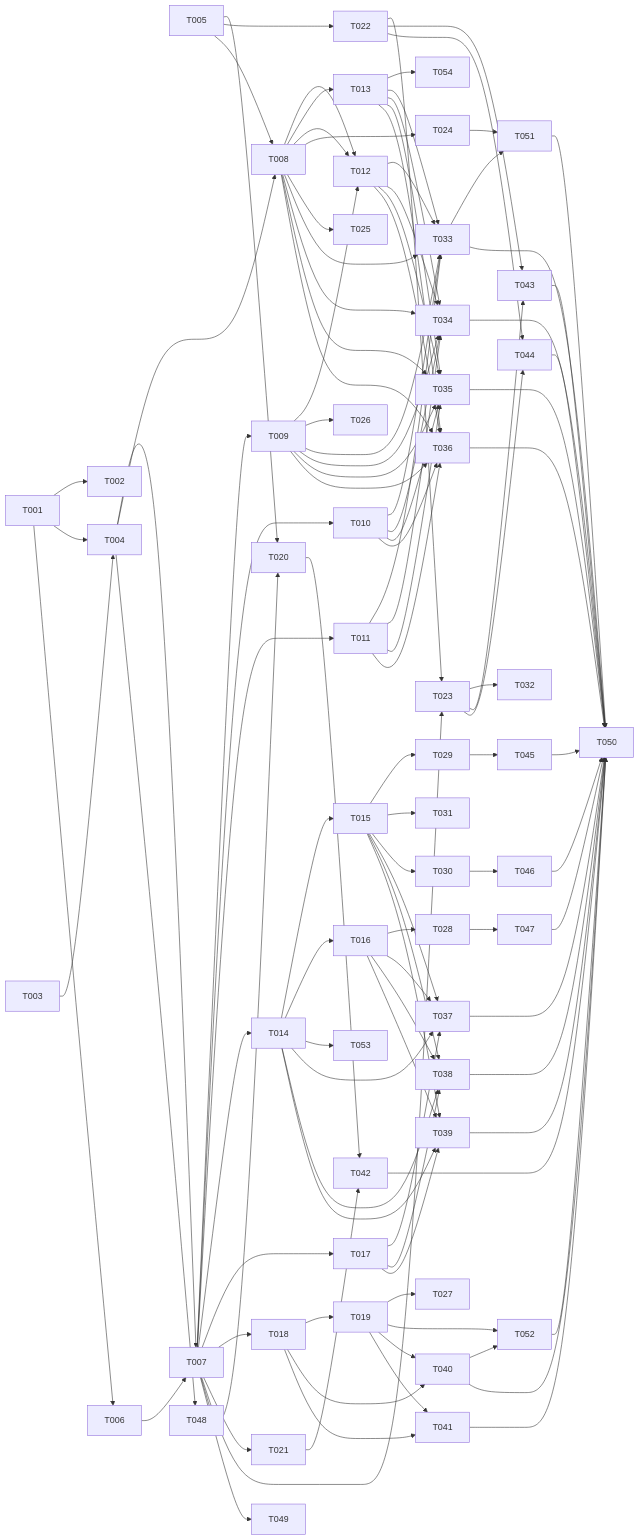
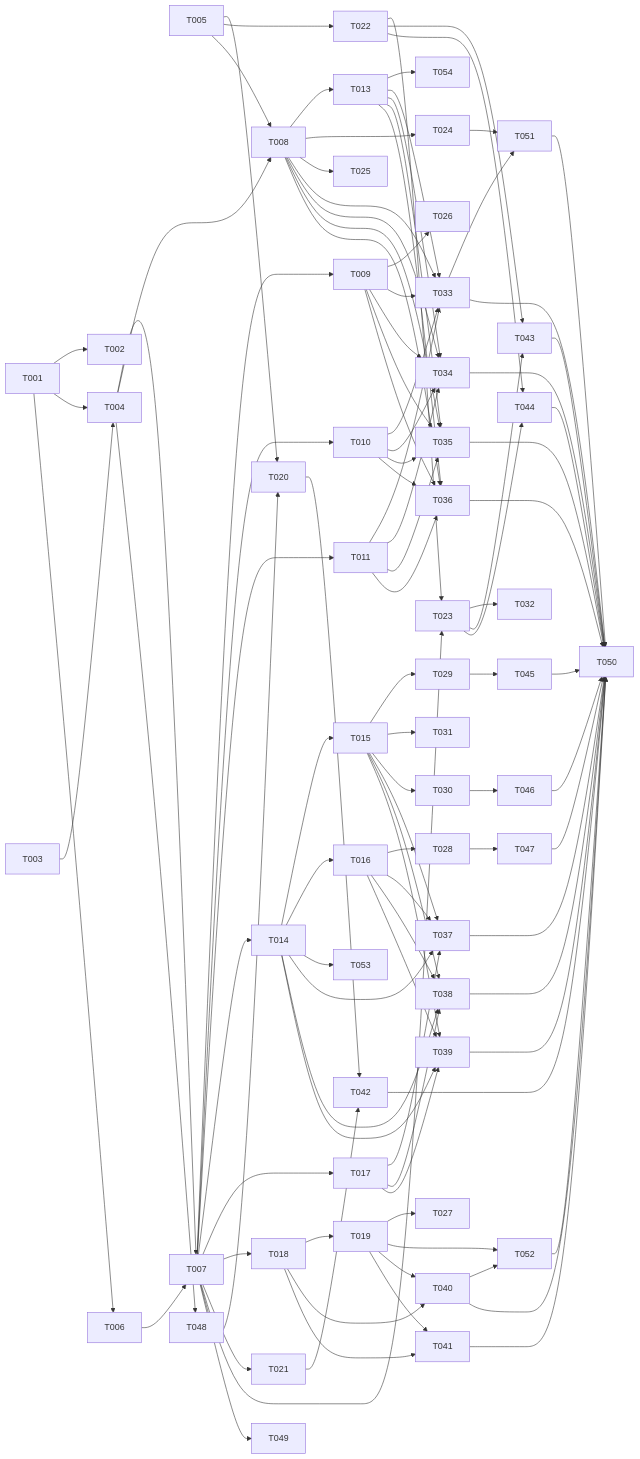
The diagram in specs/026-tuning/tasks.md (UnderUndre/undrecreaitwins), drawn with Mermaid before and after one commit. The commit also changed other lines of this file and 2 other files, not shown here.

Commit message:
docs: update tuning specification with indices, cache key, and task dependencies
- Add composite indices for persona/status and tenant/status in tuning_drafts schema
- Fix interview session cache key to include userId for proper isolation
- Consolidate proposal cache into single array key per persona with expiry handling
- Refine task dependency graph: remove stale edges and adjust T012/T013 dependencies

````diff
--- a/specs/026-tuning/tasks.md
+++ b/specs/026-tuning/tasks.md
@@ -256,57 +256,55 @@
 ```mermaid
 graph LR
     T001 --> T002
     T001 & T003 --> T004
     T005 --> T020
     T005 --> T022
     T001 --> T006
     T006 & T004 --> T007
     T007 --> T009
     T007 --> T010
     T007 --> T011
     T007 --> T014
     T007 --> T017
     T007 --> T018
     T007 --> T021
     T007 --> T023
     T004 & T005 --> T008
-    T008 --> T012
     T008 --> T013
-    T008 & T009 --> T012
     T014 --> T015
     T014 --> T016
     T014 --> T053
     T016 --> T028
     T015 --> T029
     T015 --> T031
     T018 --> T019
     T007 --> T020
     T022 --> T023
     T008 --> T024
     T008 --> T025
     T009 --> T026
     T019 --> T027
     T015 --> T030
     T023 --> T032
     T024 & T033 --> T051
     T019 & T040 --> T052
     T013 --> T054
-    T009 & T010 & T011 & T008 & T012 & T013 --> T033
-    T009 & T010 & T011 & T008 & T012 & T013 --> T034
-    T009 & T010 & T011 & T008 & T012 & T013 --> T035
-    T009 & T010 & T011 & T008 & T012 & T013 --> T036
+    T009 & T010 & T011 & T008 & T013 --> T033
+    T009 & T010 & T011 & T008 & T013 --> T034
+    T009 & T010 & T011 & T008 & T013 --> T035
+    T009 & T010 & T011 & T008 & T013 --> T036
     T014 & T015 & T016 & T017 --> T037
     T014 & T015 & T016 & T017 --> T038
     T014 & T015 & T016 & T017 --> T039
     T018 & T019 --> T040
     T018 & T019 --> T041
     T020 & T021 --> T042
     T022 & T023 --> T043
     T022 & T023 --> T044
     T029 --> T045
     T030 --> T046
     T028 --> T047
     T004 --> T048
     T007 --> T049
     T033 & T034 & T035 & T036 & T037 & T038 & T039 & T040 & T041 & T042 & T043 & T044 & T045 & T046 & T047 & T051 & T052 --> T050
 ```
````
